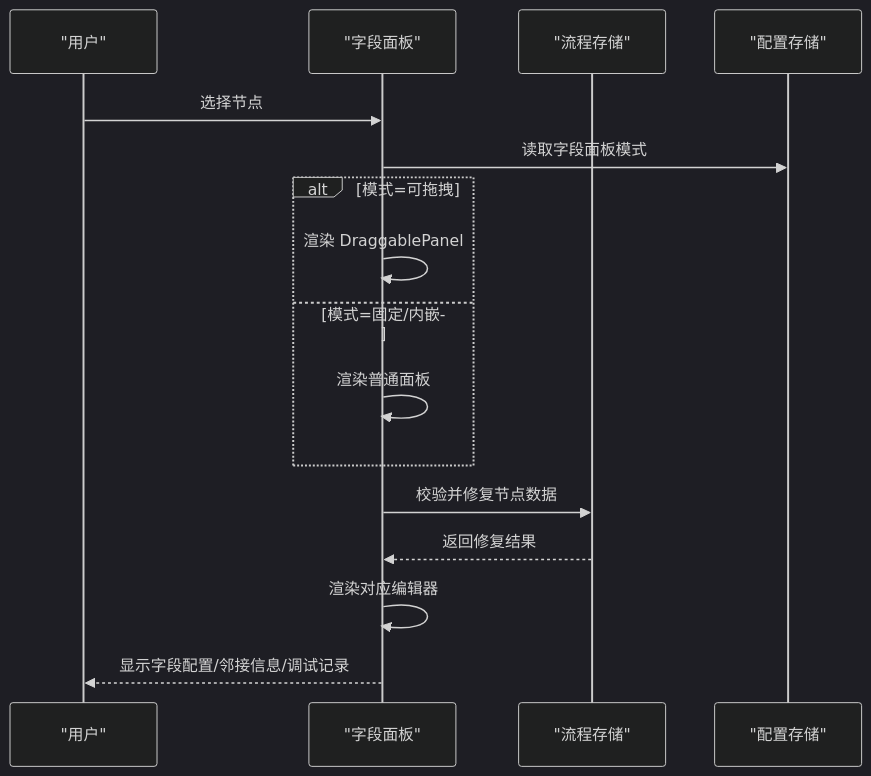
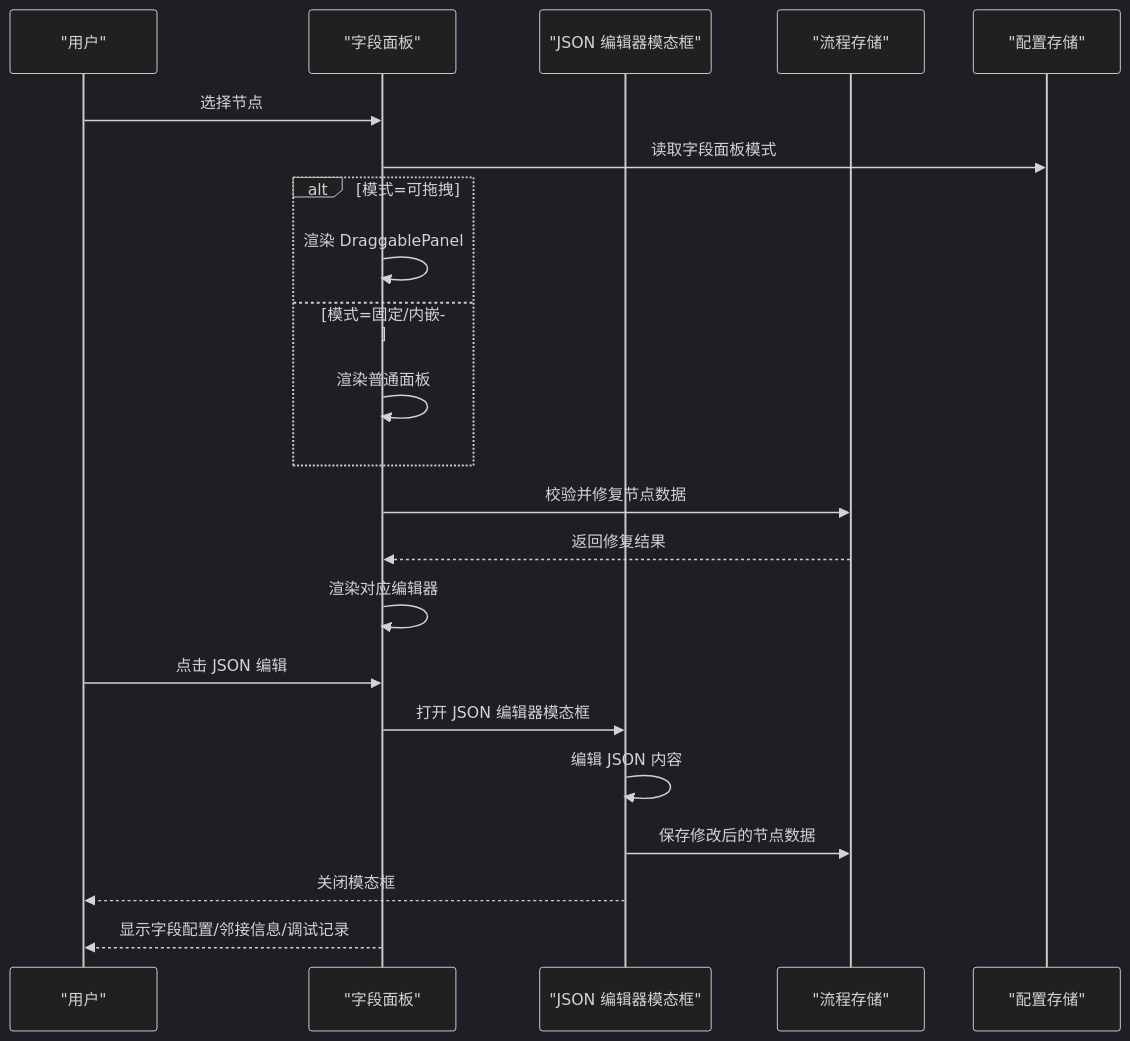
The third of 10 diagrams in .qoder/repowiki/zh/content/用户界面/面板系统/面板系统.md (kqcoxn/MaaPipelineEditor), drawn with Mermaid (dark theme) before and after one commit. The commit also changed other lines of this file and 50 other files, not shown here.

````diff
--- a/.qoder/repowiki/zh/content/用户界面/面板系统/面板系统.md
+++ b/.qoder/repowiki/zh/content/用户界面/面板系统/面板系统.md
@@ -185,18 +226,24 @@
 ```mermaid
 sequenceDiagram
 participant U as "用户"
 participant FP as "字段面板"
+participant JS as "JSON 编辑器模态框"
 participant FS as "流程存储"
 participant CS as "配置存储"
 U->>FP : 选择节点
 FP->>CS : 读取字段面板模式
 alt 模式=可拖拽
 FP->>FP : 渲染 DraggablePanel
 else 模式=固定/内嵌
 FP->>FP : 渲染普通面板
 end
 FP->>FS : 校验并修复节点数据
 FS-->>FP : 返回修复结果
 FP->>FP : 渲染对应编辑器
+U->>FP : 点击 JSON 编辑
+FP->>JS : 打开 JSON 编辑器模态框
+JS->>JS : 编辑 JSON 内容
+JS->>FS : 保存修改后的节点数据
+JS-->>U : 关闭模态框
 FP-->>U : 显示字段配置/邻接信息/调试记录
 ```
````
